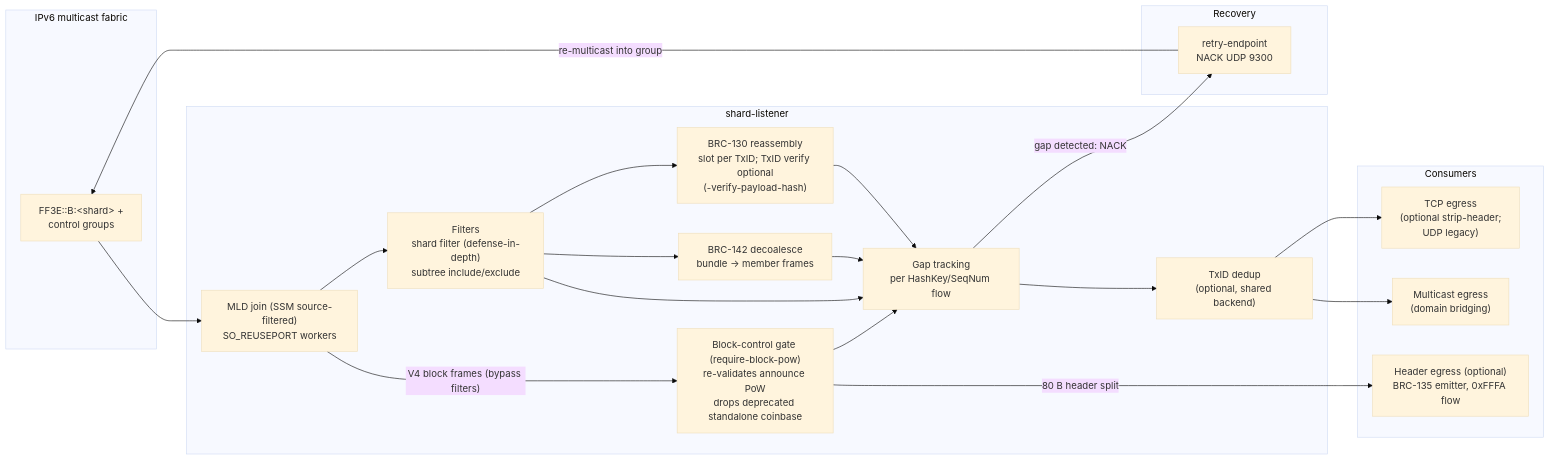
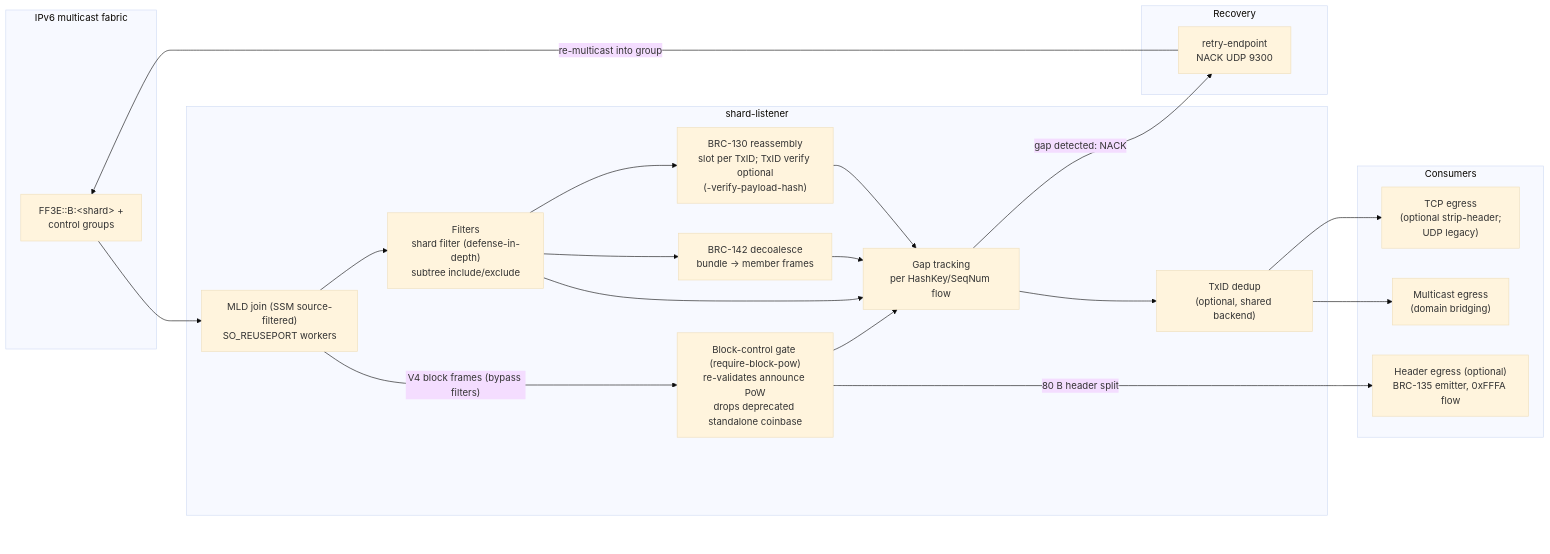
One commit to lightwebinc/bsv-multicast changed the second of 3 diagrams in diagrams/README.md. Above: the diagram before and after it, drawn with Mermaid (base theme). The commit also changed other lines of this file, not shown here.

Commit message:
[Fix] diagrams: a spacer where the viewer's controls land
The rendered viewer places its zoom and pan panel over a flowchart's
bottom-right corner, and its mermaid build does not read diagramPadding
for flowcharts. An invisible node in the rightmost rank, below its last
node, is what the panel now covers.

````diff
--- a/diagrams/README.md
+++ b/diagrams/README.md
@@ -66,42 +71,47 @@
 ```mermaid
 flowchart LR
     subgraph fabric["IPv6 multicast fabric"]
         GRP["FF3E::B:&lt;shard&gt; +<br/>control groups"]
     end
 
     subgraph listener["shard-listener"]
         JOIN["MLD join (SSM source-filtered)<br/>SO_REUSEPORT workers"]
         FILT["Filters<br/>shard filter (defense-in-depth)<br/>subtree include/exclude"]
         BGATE["Block-control gate (require-block-pow)<br/>re-validates announce PoW<br/>drops deprecated standalone coinbase"]
         REASM["BRC-130 reassembly<br/>slot per TxID; TxID verify optional<br/>(-verify-payload-hash)"]
         DECO["BRC-142 decoalesce<br/>bundle → member frames"]
         GAP["Gap tracking<br/>per HashKey/SeqNum flow"]
         DEDUP["TxID dedup<br/>(optional, shared backend)"]
     end
 
     subgraph recovery["Recovery"]
         RETRY["retry-endpoint<br/>NACK UDP 9300"]
     end
 
     subgraph consumers["Consumers"]
         TCPOUT["TCP egress<br/>(optional strip-header;<br/>UDP legacy)"]
         MCOUT["Multicast egress<br/>(domain bridging)"]
         HDROUT["Header egress (optional)<br/>BRC-135 emitter, 0xFFFA flow"]
     end
 
     GRP --> JOIN
     JOIN --> FILT
     FILT --> REASM
     FILT --> DECO
     REASM --> GAP
     DECO --> GAP
     FILT --> GAP
     JOIN -->|"V4 block frames (bypass filters)"| BGATE
     BGATE --> GAP
     BGATE -->|"80 B header split"| HDROUT
     GAP -->|"gap detected: NACK"| RETRY
     RETRY -->|"re-multicast into group"| GRP
     GAP --> DEDUP
     DEDUP --> TCPOUT
     DEDUP --> MCOUT
+  %% The last node is an invisible spacer in the rightmost rank: the rendered
+  %% viewer places its zoom and pan controls over the bottom-right corner.
+  DEDUP ~~~ pad
+  pad["&nbsp;<br/>&nbsp;<br/>&nbsp;<br/>&nbsp;<br/>&nbsp;"]:::pad
+  classDef pad fill:none,stroke:none,color:transparent
 ```
````
